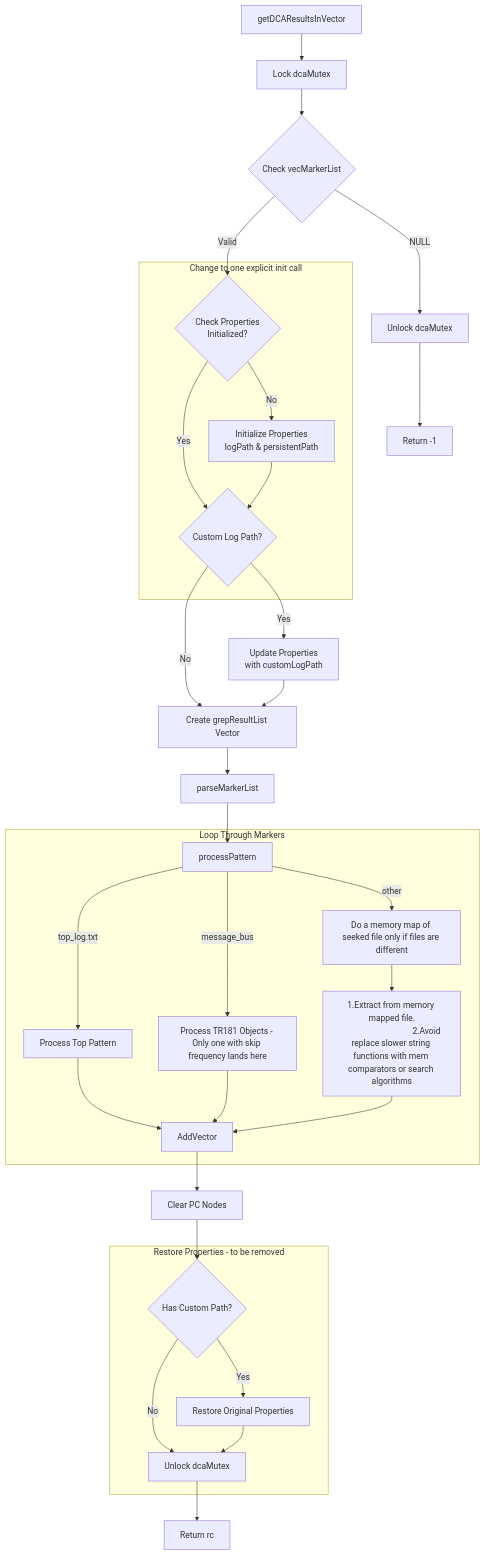
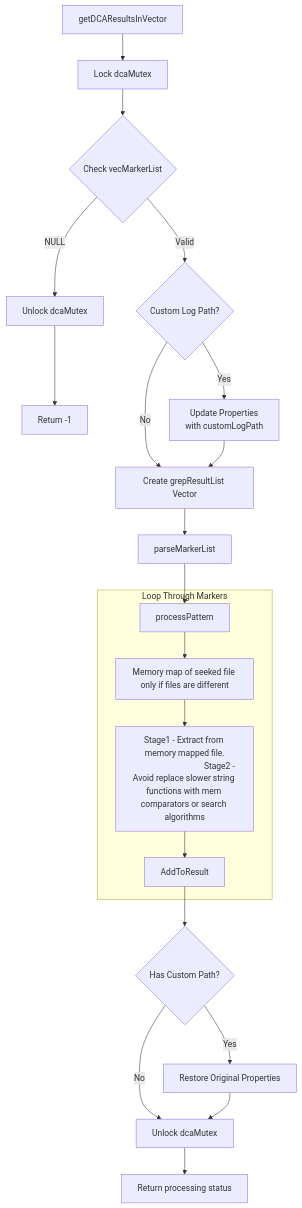
Before and after one commit to rdkcentral/telemetry: the diagram in source/dcautil/flowchart_optimized.md, drawn with Mermaid.

Commit message:
Revised the optimized dcautil flow chart

````diff
--- a/source/dcautil/flowchart_optimized.md
+++ b/source/dcautil/flowchart_optimized.md
@@ -1,46 +1,34 @@
 ```mermaid
 flowchart TD
     Start[getDCAResultsInVector] --> Lock[Lock dcaMutex]
     
     Lock --> CheckInput{Check vecMarkerList}
     CheckInput -->|NULL| Unlock1[Unlock dcaMutex]
     Unlock1 --> Return1[Return -1]
     
  
-    CheckInput -->|Valid| CheckProps{Check Properties\nInitialized?}
+    CheckInput -->|Valid| CheckCustomPath
  
-    subgraph CheckInputValid[Change to one explicit init call]
-    CheckProps -->|No| InitProps[Initialize Properties\nlogPath & persistentPath]
-    CheckProps -->|Yes| CheckCustomPath
-    end 
-    InitProps --> CheckCustomPath
+    
     
     CheckCustomPath{Custom Log Path?} -->|Yes| UpdateProps[Update Properties\nwith customLogPath]
     CheckCustomPath -->|No| CreateVector
     UpdateProps --> CreateVector
     
     CreateVector[Create grepResultList Vector] --> ParseMarkers[parseMarkerList]
     
     ParseMarkers --> processPattern
     subgraph LoopThroughMarkers[Loop Through Markers]
-        processPattern -->|top_log.txt| TopPattern[Process Top Pattern]
-        processPattern -->|message_bus| TR181[Process TR181 Objects - Only one with skip frequency lands here]
-        processPattern -->|other| GetSeekMap[Do a memory map of seeked file only if files are different]
-        GetSeekMap --> LogPattern[1.Extract from memory mapped file.
-                                  2.Avoid replace slower string functions with mem comparators or search algorithms]
-        TopPattern --> AddVector
-        TR181 --> AddVector
-        LogPattern --> AddVector
-      end
+        processPattern --> GetSeekMap[Memory map of seeked file only if files are different]
+        GetSeekMap --> LogPattern[Stage1 - Extract from memory mapped file.
+                                  Stage2 - Avoid replace slower string functions with mem comparators or search algorithms]
+        LogPattern --> AddToResult
+    end
     
-    AddVector --> CleanupNodes[Clear PC Nodes]
-   
-    CleanupNodes --> CheckCustom{Has Custom Path?}
-    subgraph RestoreProp[Restore Properties - to be removed]
+    AddToResult --> CheckCustom{Has Custom Path?}
     CheckCustom -->|Yes| RestoreProps[Restore Original Properties]
     CheckCustom -->|No| Unlock2[Unlock dcaMutex]
-    end
     RestoreProps --> Unlock2
     
-    Unlock2 --> Return2[Return rc]
+    Unlock2 --> Return2[Return processing status]
 ```
````
